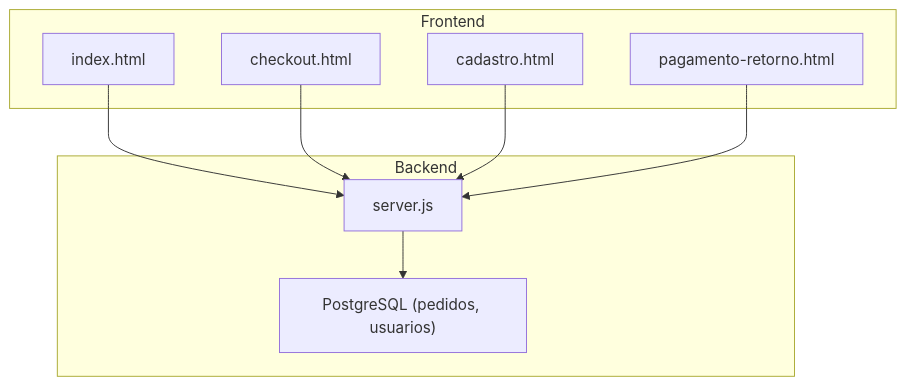
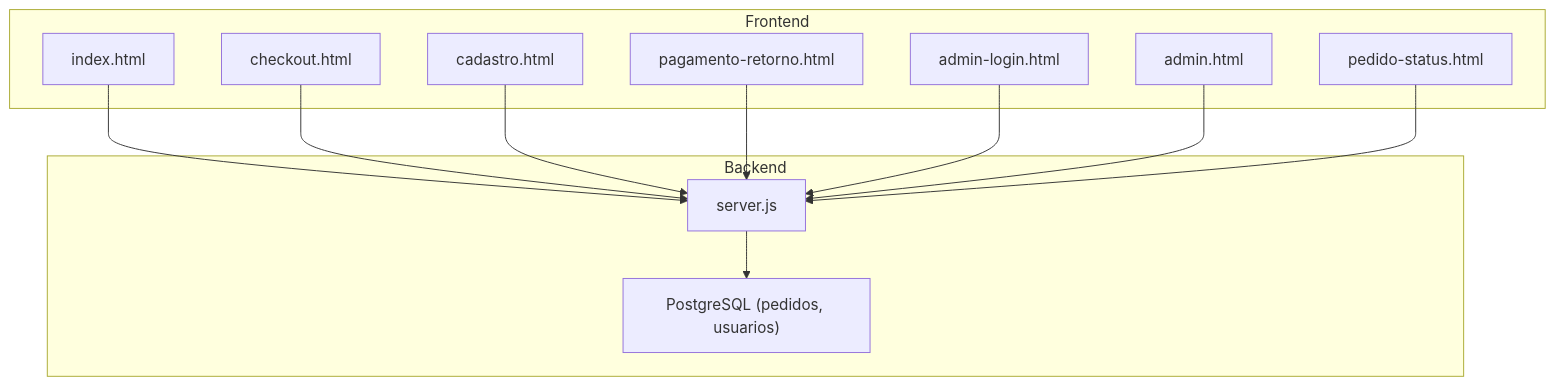
The first of 3 diagrams in .qoder/repowiki/en/content/Frontend Components/Frontend Components.md (Alexandrexicara/qretiquetas.com), drawn with Mermaid before and after one commit. The commit also changed other lines of this file and 6 other files, not shown here.

````diff
--- a/.qoder/repowiki/en/content/Frontend Components/Frontend Components.md
+++ b/.qoder/repowiki/en/content/Frontend Components/Frontend Components.md
@@ -46,18 +62,24 @@
 ```mermaid
 graph TB
 subgraph "Frontend"
 IDX["index.html"]
 CHK["checkout.html"]
 CAD["cadastro.html"]
 RET["pagamento-retorno.html"]
+ADL["admin-login.html"]
+ADM["admin.html"]
+PS["pedido-status.html"]
 end
 subgraph "Backend"
 SRV["server.js"]
 DB["PostgreSQL (pedidos, usuarios)"]
 end
 IDX --> SRV
 CHK --> SRV
 CAD --> SRV
 RET --> SRV
+ADL --> SRV
+ADM --> SRV
+PS --> SRV
 SRV --> DB
 ```
````
